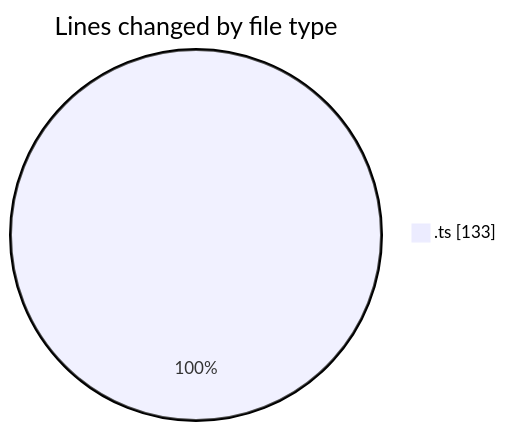
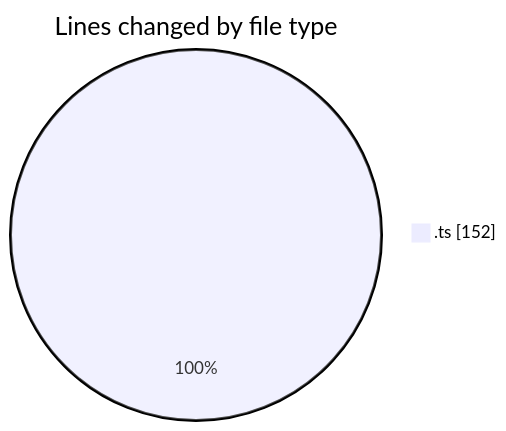
One commit to igalym/code-tracking changed the first of 2 diagrams in 2026-03-30/cinema/README.md. Above: the diagram before and after it, drawn with Mermaid. The commit also changed other lines of this file and 1 other file, not shown here.

````diff
--- a/2026-03-30/cinema/README.md
+++ b/2026-03-30/cinema/README.md
@@ -25,5 +25,5 @@
 ```mermaid
 pie showData
 title Lines changed by file type
-".ts" : 133
+".ts" : 152
 ```
````
